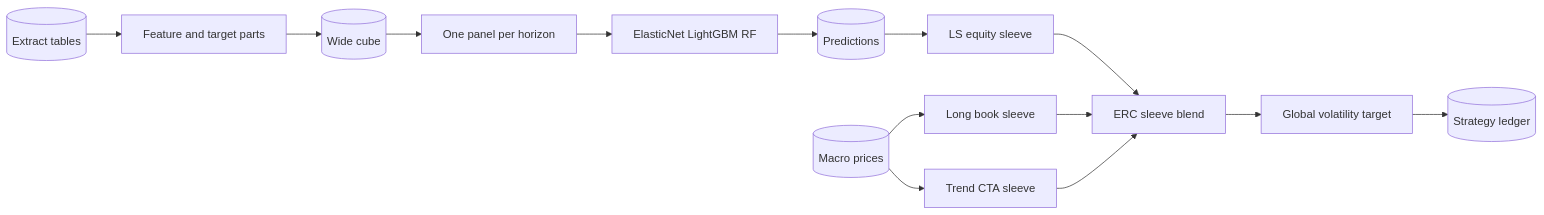
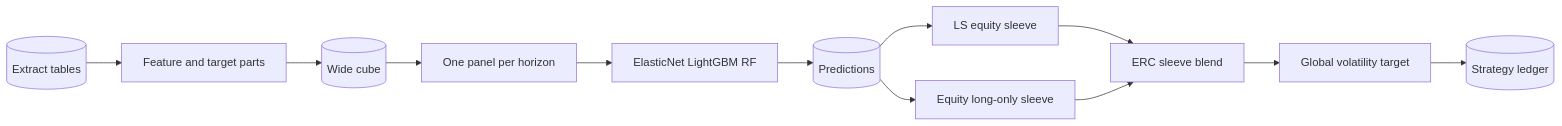
Before and after one commit to alexandredelarrard/PEA: the diagram in wiki/architecture/feature-to-portfolio.md, drawn with Mermaid. The commit also changed other lines of this file and 12 other files, not shown here.

```diff
--- a/wiki/architecture/feature-to-portfolio.md
+++ b/wiki/architecture/feature-to-portfolio.md
@@ -17,16 +17,14 @@
 ~~~mermaid
 flowchart LR
   Sources[(Extract tables)] --> Parts[Feature and target parts]
   Parts --> Cube[(Wide cube)]
   Cube --> Horizon[One panel per horizon]
   Horizon --> Ensemble[ElasticNet LightGBM RF]
   Ensemble --> Predictions[(Predictions)]
   Predictions --> LSEquity[LS equity sleeve]
-  Macro[(Macro prices)] --> LongBook[Long book sleeve]
-  Macro --> Trend[Trend CTA sleeve]
+  Predictions --> LongOnly[Equity long-only sleeve]
   LSEquity --> Blend[ERC sleeve blend]
-  LongBook --> Blend
-  Trend --> Blend
+  LongOnly --> Blend
   Blend --> Vol[Global volatility target]
   Vol --> Ledger[(Strategy ledger)]
 ~~~
```
